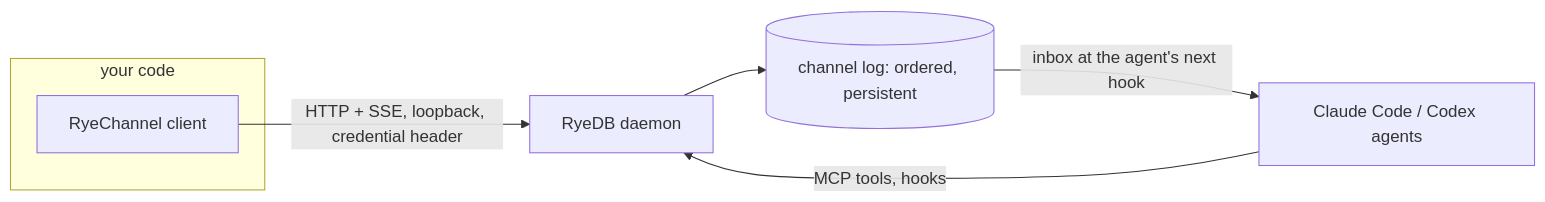
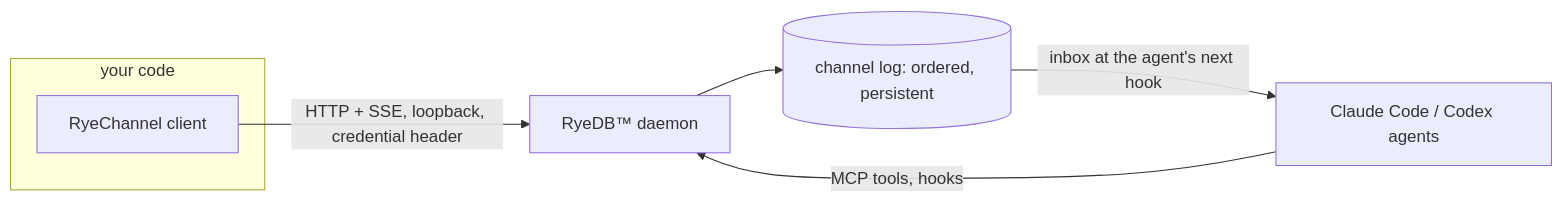
Before and after one commit to RyeDB/SDK: the diagram in README.md, drawn with Mermaid. The commit also changed other lines of this file and 1 other file, not shown here.

First line of the commit message:
docs: RyeDB™ mark in README, NOTICE and diagrams (#9)

````diff
--- a/README.md
+++ b/README.md
@@ -7,10 +7,10 @@
 ```mermaid
 flowchart LR
   subgraph your code
     S[RyeChannel client]
   end
-  S -->|HTTP + SSE, loopback, credential header| D[RyeDB daemon]
+  S -->|HTTP + SSE, loopback, credential header| D[RyeDB™ daemon]
   D --> L[(channel log: ordered, persistent)]
   A[Claude Code / Codex agents] -->|MCP tools, hooks| D
   L -->|inbox at the agent's next hook| A
 ```
````
